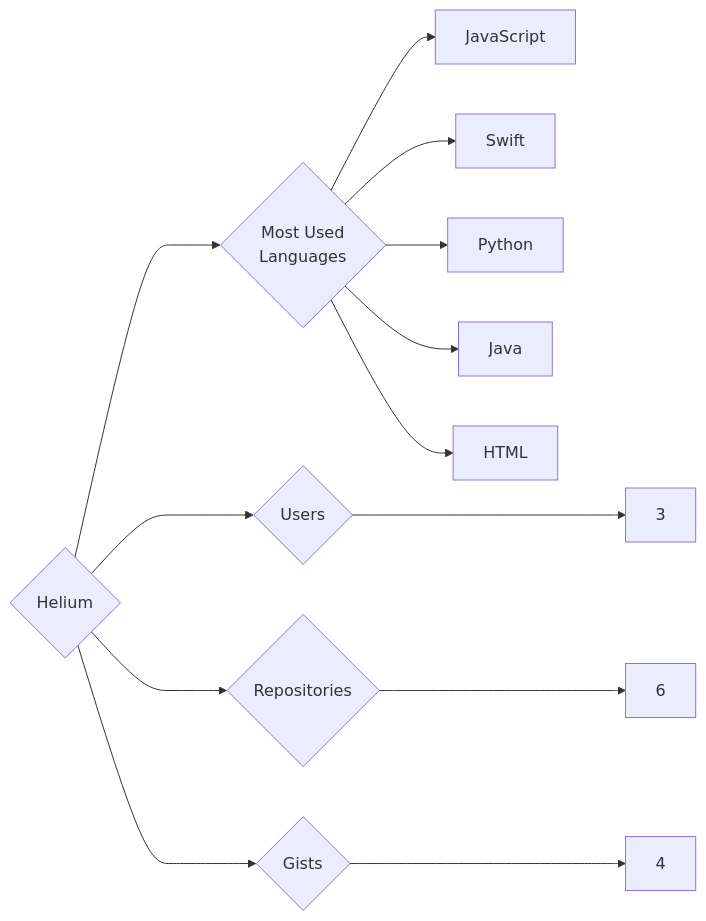
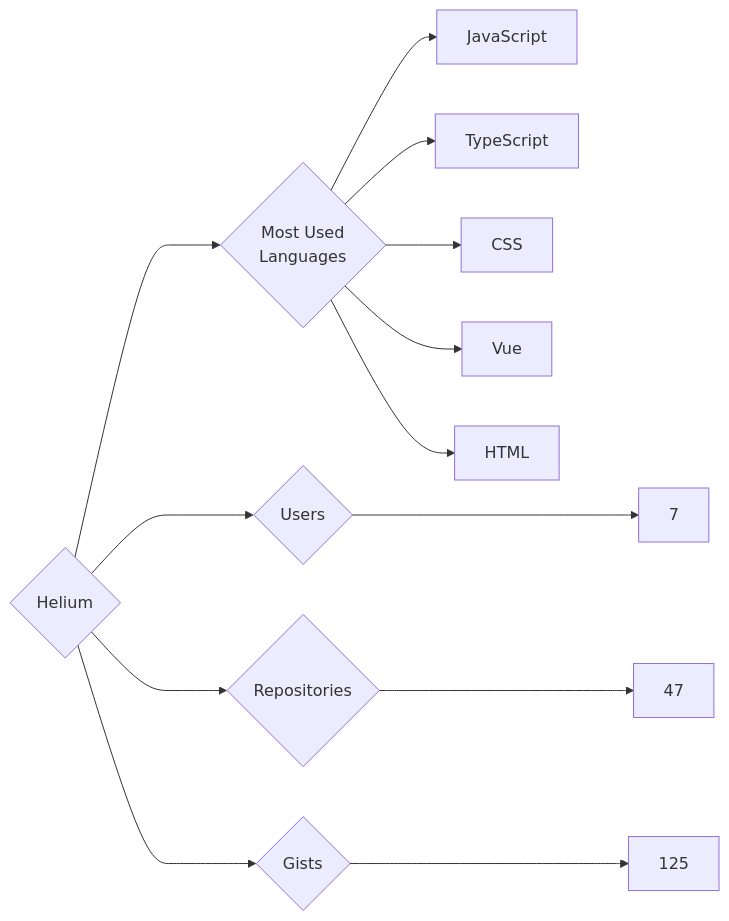
The diagram in targets/Helium/README.md (trickest/insiders), drawn with Mermaid before and after one commit. The commit also changed 880 other files, not shown here.

````diff
--- a/targets/Helium/README.md
+++ b/targets/Helium/README.md
@@ -3,13 +3,13 @@
 ```mermaid
 graph LR
 COMPANY_NAME{Helium}
-COMPANY_NAME ---> U{Users} ---> UN[3]
-COMPANY_NAME ---> R{Repositories} ---> RN[6]
-COMPANY_NAME ---> G{Gists} ---> GN[4]
+COMPANY_NAME ---> U{Users} ---> UN[7]
+COMPANY_NAME ---> R{Repositories} ---> RN[47]
+COMPANY_NAME ---> G{Gists} ---> GN[125]
 COMPANY_NAME ---> ML{Most Used<br>Languages}
 ML --> JavaScript[JavaScript]
-ML --> Swift[Swift]
-ML --> Python[Python]
-ML --> Java[Java]
+ML --> TypeScript[TypeScript]
+ML --> CSS[CSS]
+ML --> Vue[Vue]
 ML --> HTML[HTML]
 ```
````
